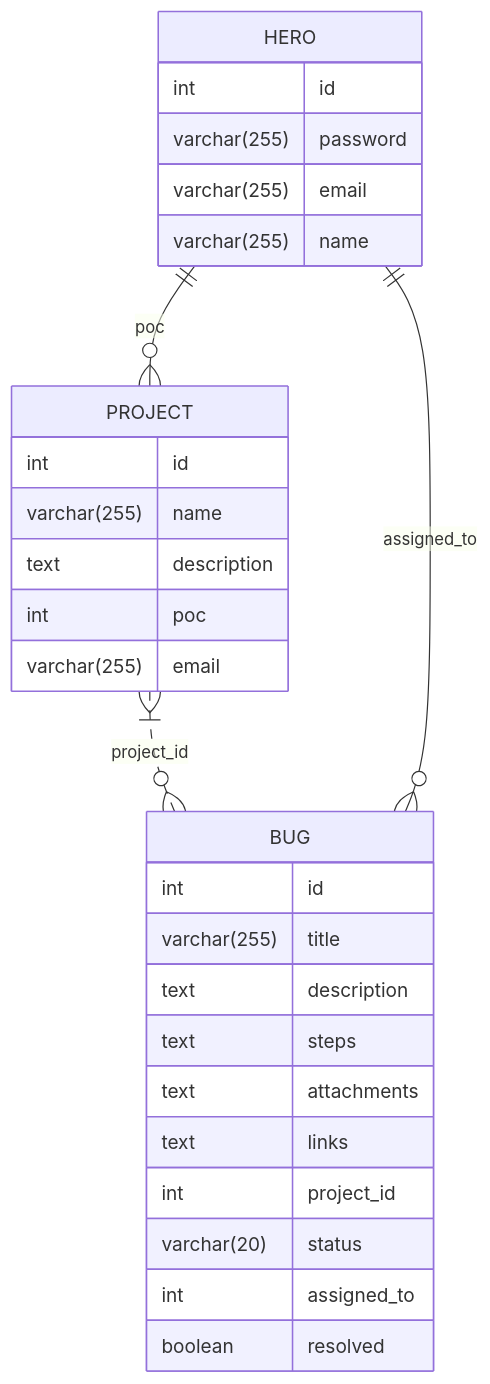
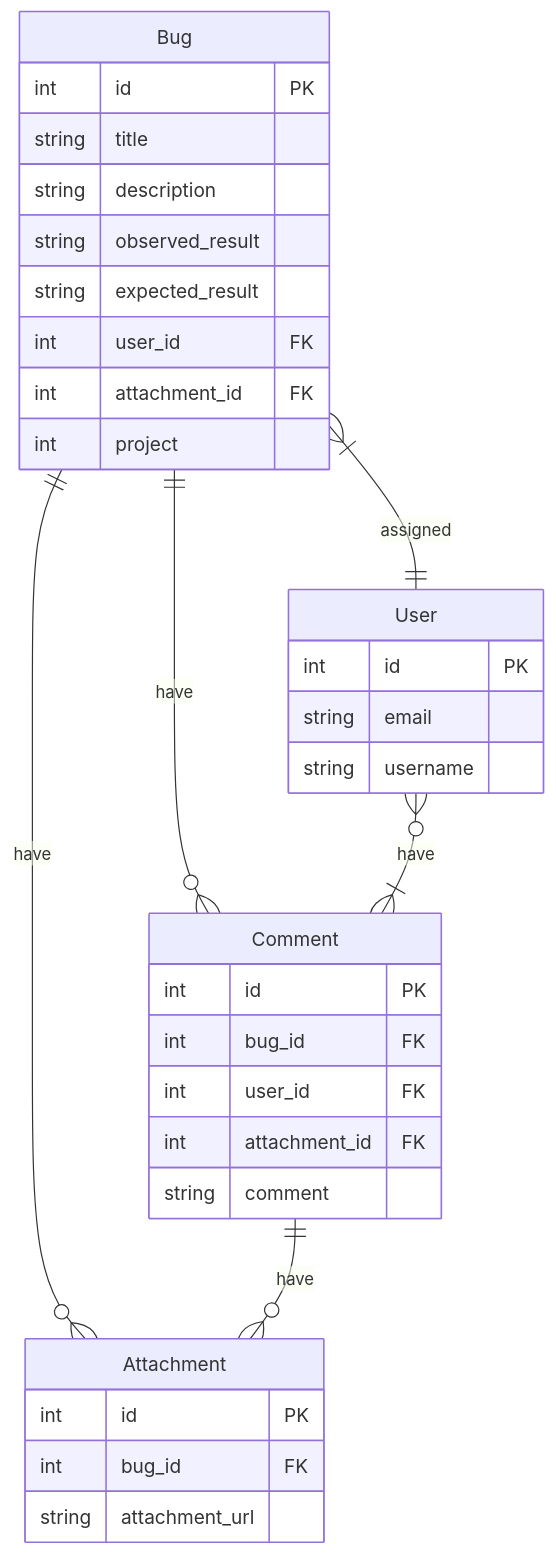
Before and after one commit to itishrishikesh/pareshaan: the diagram in _nocode/docs/entity_relationship.md, drawn with Mermaid. The commit also changed other lines of this file and 1 other file, not shown here.

Commit message:
entity relationship diagram has been added

````diff
--- a/_nocode/docs/entity_relationship.md
+++ b/_nocode/docs/entity_relationship.md
@@ -1,34 +8,35 @@
 ```mermaid
 erDiagram
-    HERO ||--o{ PROJECT : "poc"
-    PROJECT }|..o{ BUG : "project_id"
-    HERO ||--o{ BUG : "assigned_to"
-
-    HERO {
-        int id
-        varchar(255) password
-        varchar(255) email
-        varchar(255) name
+    User {
+        int id PK
+        string email
+        string username
     }
-
-    PROJECT {
-        int id
-        varchar(255) name
-        text description
-        int poc
-        varchar(255) email
+    Bug {
+        int id PK
+        string title
+        string description
+        string observed_result
+        string expected_result
+        int user_id FK
+        int attachment_id FK
+        int project
     }
-
-    BUG {
-        int id
-        varchar(255) title
-        text description
-        text steps
-        text attachments
-        text links
-        int project_id
-        varchar(20) status
-        int assigned_to
-        boolean resolved
+    Comment {
+        int id PK
+        int bug_id FK
+        int user_id FK
+        int attachment_id FK
+        string comment
     }
+    Attachment {
+        int id PK
+        int bug_id FK
+        string attachment_url
+    }
+    Bug |{--|| User : "assigned"
+    Bug ||--}o Comment : "have"
+    Bug ||--}o Attachment : "have"
+    User o{--}| Comment : "have"
+    Comment ||--}o Attachment : "have"
 ```
````
